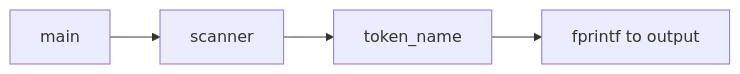
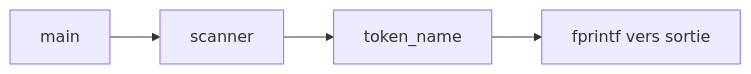
Before and after one commit to Saad-programmer/Compilation-TP2-1PASS: the second of 5 diagrams in README.md, drawn with Mermaid. The commit also changed other lines of this file, not shown here.

````diff
--- a/README.md
+++ b/README.md
@@ -195,6 +195,6 @@
 ```mermaid
 flowchart LR
     A[main] --> B[scanner]
     B --> C[token_name]
-    C --> D[fprintf to output]
+    C --> D[fprintf vers sortie]
 ```
````
